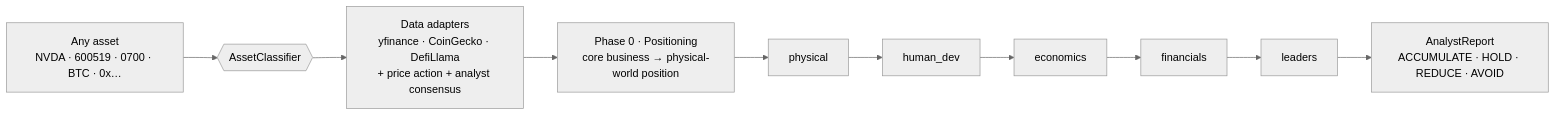
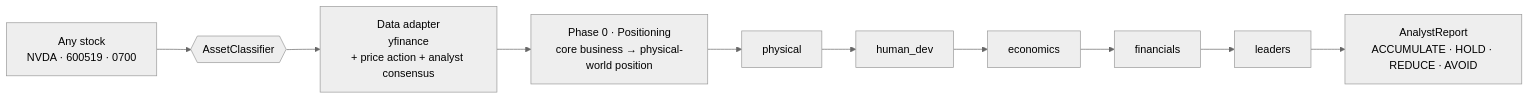
Before and after one commit to CyberK13/cyberagent: the diagram in README.md, drawn with Mermaid (neutral theme). The commit also changed other lines of this file and 9 other files, not shown here.

````diff
--- a/README.md
+++ b/README.md
@@ -103,8 +103,8 @@
 ```mermaid
 flowchart LR
-    IN["Any asset<br/>NVDA · 600519 · 0700 · BTC · 0x…"] --> CL{{AssetClassifier}}
-    CL --> AD["Data adapters<br/>yfinance · CoinGecko · DefiLlama<br/>+ price action + analyst consensus"]
+    IN["Any stock<br/>NVDA · 600519 · 0700"] --> CL{{AssetClassifier}}
+    CL --> AD["Data adapter<br/>yfinance<br/>+ price action + analyst consensus"]
     AD --> P0["Phase 0 · Positioning<br/>core business → physical-world position"]
     P0 --> D1[physical] --> D2[human_dev] --> D3[economics] --> D4[financials] --> D5[leaders]
     D5 --> R["AnalystReport<br/>ACCUMULATE · HOLD · REDUCE · AVOID"]
 ```
````
